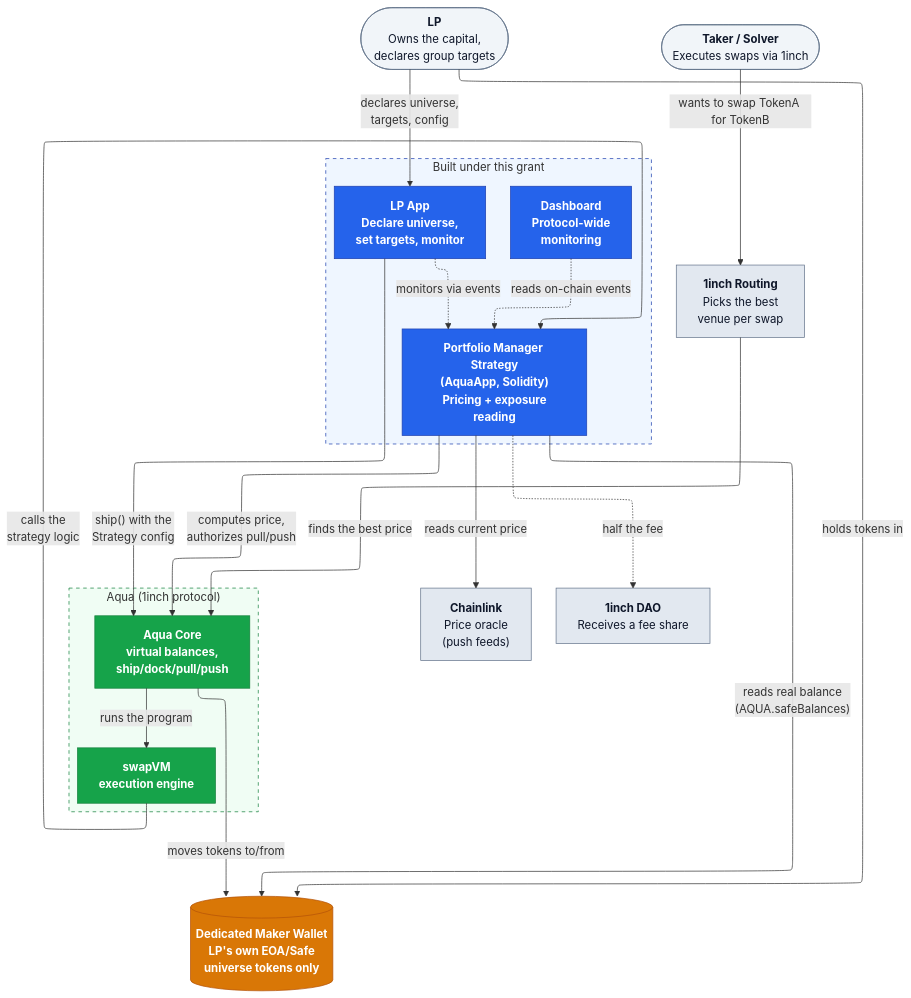
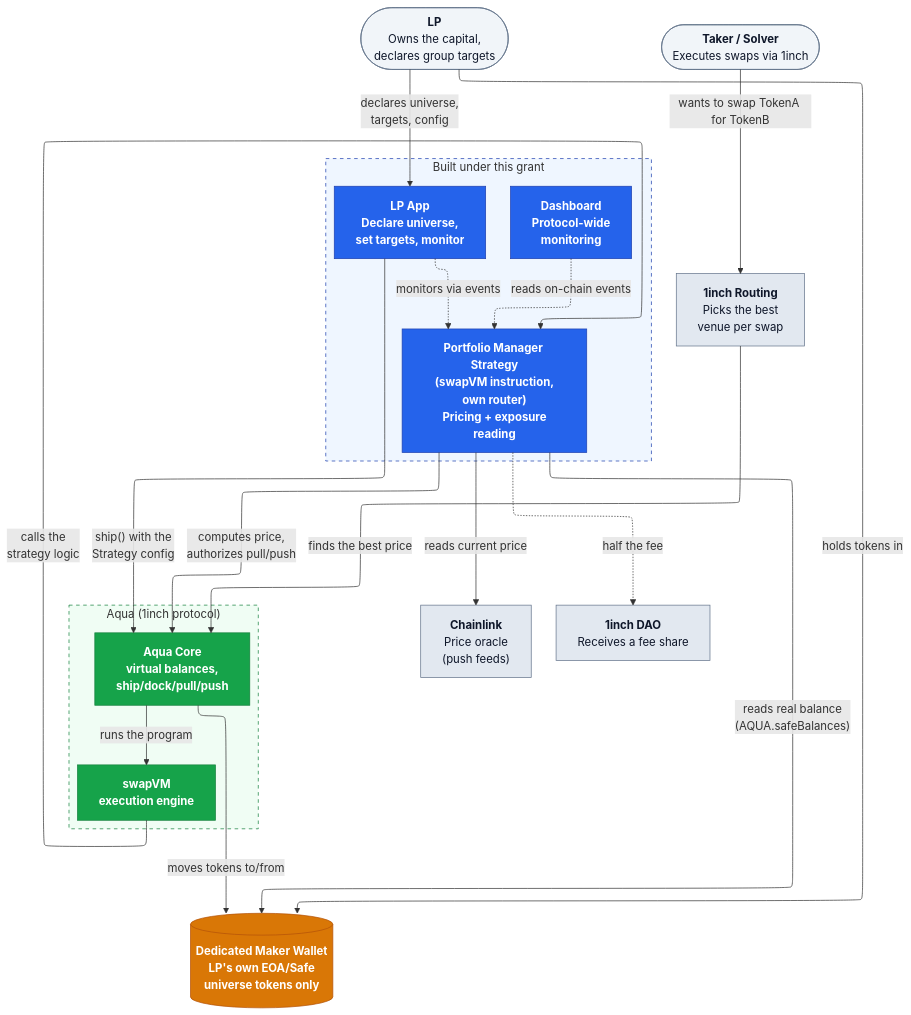
Before and after one commit to bleu/aqua-portfolio-manager: the first of 2 diagrams in docs/ARCHITECTURE.md, drawn with Mermaid. The commit also changed other lines of this file and 13 other files, not shown here.

````diff
--- a/docs/ARCHITECTURE.md
+++ b/docs/ARCHITECTURE.md
@@ -65,57 +69,57 @@
 ```mermaid
 %%{init: {"flowchart": {"defaultRenderer": "elk"}} }%%
 flowchart TD
     LP(["<b>LP</b><br/>Owns the capital,<br/>declares group targets"])
     Taker(["<b>Taker / Solver</b><br/>Executes swaps via 1inch"])
 
     subgraph BleuScope["Built under this grant"]
         LPApp["<b>LP App</b><br/>Declare universe,<br/>set targets, monitor"]
         Dashboard["<b>Dashboard</b><br/>Protocol-wide<br/>monitoring"]
-        Strategy["<b>Portfolio Manager Strategy</b><br/>(AquaApp, Solidity)<br/>Pricing + exposure<br/>reading"]
+        Strategy["<b>Portfolio Manager Strategy</b><br/>(swapVM instruction,<br/>own router)<br/>Pricing + exposure<br/>reading"]
     end
 
     Wallet[("<b>Dedicated Maker Wallet</b><br/>LP's own EOA/Safe<br/>universe tokens only")]
 
     subgraph AquaCore["Aqua (1inch protocol)"]
         Aqua["Aqua Core<br/>virtual balances,<br/>ship/dock/pull/push"]
         SwapVM["swapVM<br/>execution engine"]
     end
 
     Chainlink["<b>Chainlink</b><br/>Price oracle<br/>(push feeds)"]
     Routing["<b>1inch Routing</b><br/>Picks the best<br/>venue per swap"]
     DAO["<b>1inch DAO</b><br/>Receives a fee share"]
 
     LP -->|"declares universe,<br/>targets, config"| LPApp
     LPApp -->|"ship() with the<br/>Strategy config"| Aqua
     LPApp -.->|"monitors via events"| Strategy
     LP -->|"holds tokens in"| Wallet
 
     Taker -->|"wants to swap TokenA for TokenB"| Routing
     Routing -->|"finds the best price"| Aqua
     Aqua -->|"runs the program"| SwapVM
     SwapVM -->|"calls the<br/>strategy logic"| Strategy
 
     Strategy -->|"reads real balance<br/>(AQUA.safeBalances)"| Wallet
     Strategy -->|"reads current price"| Chainlink
     Strategy -->|"computes price,<br/>authorizes pull/push"| Aqua
     Aqua -->|"moves tokens to/from"| Wallet
 
     Strategy -.->|"half the fee"| DAO
 
     Dashboard -.->|"reads on-chain events"| Strategy
 
     classDef actor fill:#f1f5f9,stroke:#64748b,color:#0f172a
     classDef bleu fill:#2563eb,stroke:#1e40af,color:#ffffff,font-weight:bold
     classDef wallet fill:#d97706,stroke:#b45309,color:#ffffff,font-weight:bold
     classDef aqua fill:#16a34a,stroke:#15803d,color:#ffffff,font-weight:bold
     classDef external fill:#e2e8f0,stroke:#64748b,color:#0f172a
 
     class LP,Taker actor
     class LPApp,Dashboard,Strategy bleu
     class Wallet wallet
     class Aqua,SwapVM aqua
     class Chainlink,Routing,DAO external
 
     style BleuScope fill:#eff6ff,stroke:#1e40af,stroke-dasharray: 5 5
     style AquaCore fill:#f0fdf4,stroke:#15803d,stroke-dasharray: 5 5
 ```
````
